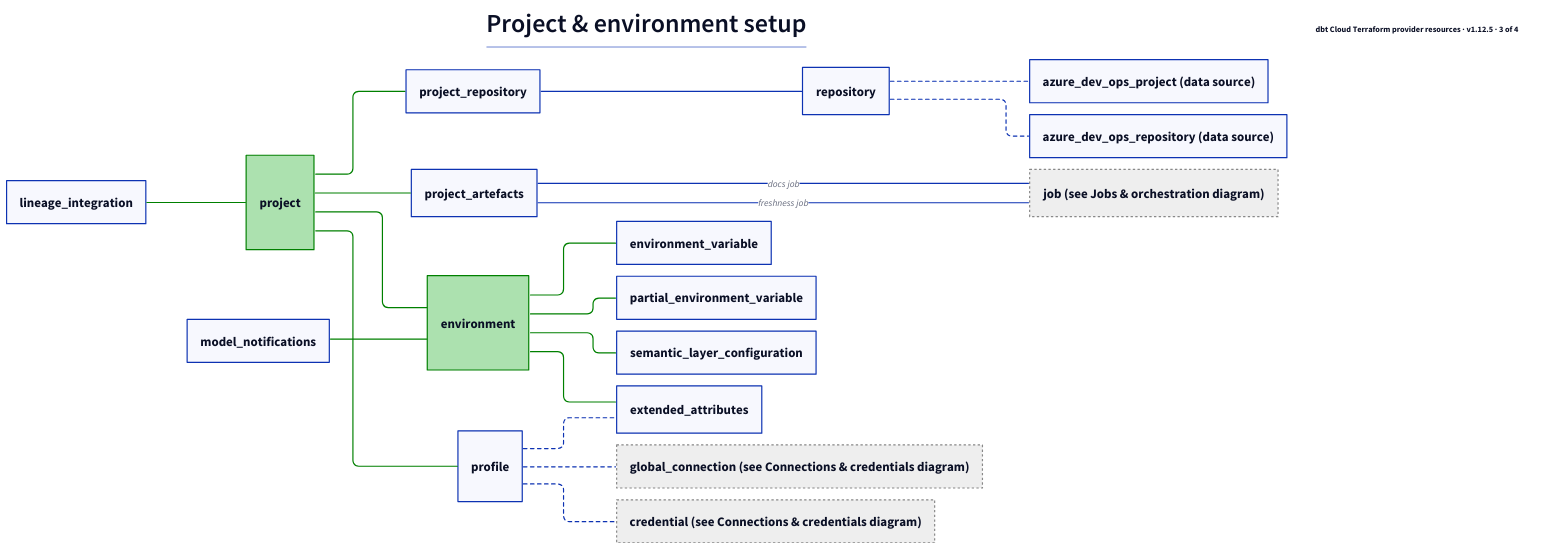
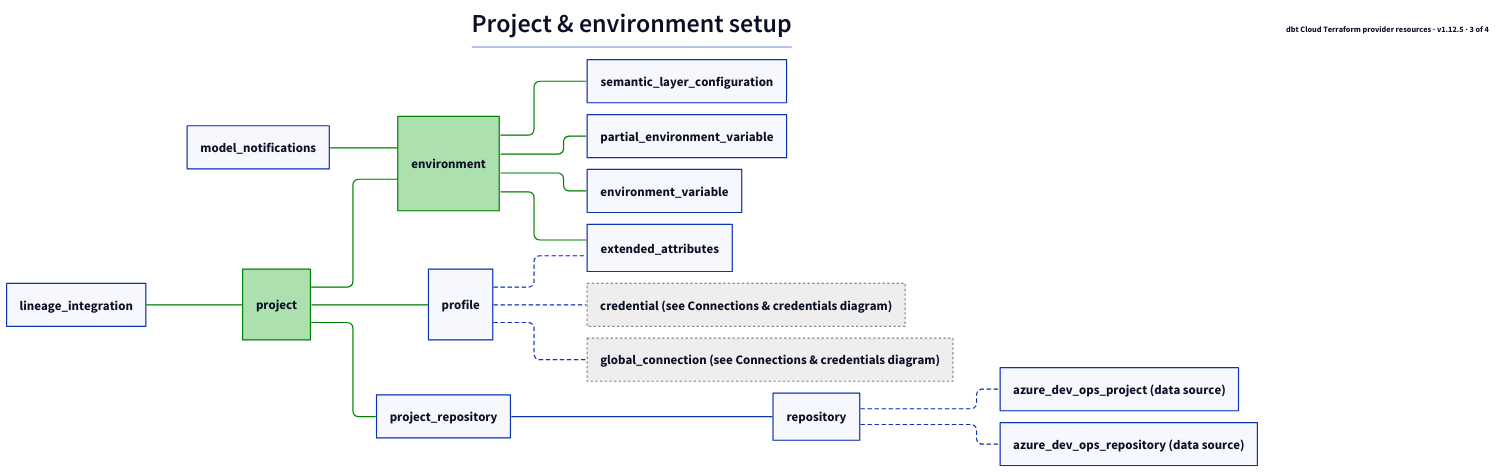
One commit to dbt-labs/terraform-provider-dbtcloud changed the diagram in terraform_resources_project_environment.d2. Above: the diagram before and after it, drawn with D2. The commit also changed 3 other files, not shown here.

First line of the commit message:
Address review feedback: keep "Environment Credentials" name, drop deprecated project_artefacts

```diff
--- a/terraform_resources_project_environment.d2
+++ b/terraform_resources_project_environment.d2
@@ -1,115 +1,107 @@
 vars: {
   d2-config: {
     layout-engine: elk
   }
 }
 
 *.style.font-size: 22
 *.*.style.font-size: 22
 
 title: |md
   # Project & environment setup
 | {near: top-center}
 
 version_note: "dbt Cloud Terraform provider resources · v1.12.5 · 3 of 4" {
   near: top-right
   style: {
     font-size: 14
     stroke: transparent
     fill: transparent
   }
 }
 
 direction: right
 
 classes: {
   external: {
     style: {
       stroke-dash: 2
       stroke: "#888888"
       fill: "#EEEEEE"
     }
   }
 }
 
-job: "job (see Jobs & orchestration diagram)" {
-  class: external
-}
 global_connection: "global_connection (see Connections & credentials diagram)" {
   class: external
 }
 credential: "credential (see Connections & credentials diagram)" {
   class: external
 }
 
 project: {
   style: {
     fill: "#ACE1AF"
     stroke: green
   }
 }
 environment: {
   style: {
     fill: "#ACE1AF"
     stroke: green
   }
 }
 environment_variable
 partial_environment_variable
 extended_attributes
 semantic_layer_configuration
 project_repository
 repository
 azure_dev_ops_project: azure_dev_ops_project (data source)
 azure_dev_ops_repository: azure_dev_ops_repository (data source)
 lineage_integration
-project_artefacts
 profile
 model_notifications
 
 project -- environment
 project -- project_repository
 lineage_integration -- project
 project_repository -- repository
 repository -- azure_dev_ops_project {
   style: {
     stroke-dash: 3
   }
 }
 repository -- azure_dev_ops_repository {
   style: {
     stroke-dash: 3
   }
 }
 
 environment -- environment_variable
 environment -- partial_environment_variable
 environment -- extended_attributes
 environment -- semantic_layer_configuration
 model_notifications -- environment
 
-project -- project_artefacts
-project_artefacts -- job: docs job
-project_artefacts -- job: freshness job
-
 project -- profile
 profile -- global_connection {
   style: {
     stroke-dash: 3
   }
 }
 profile -- credential {
   style: {
     stroke-dash: 3
   }
 }
 profile -- extended_attributes {
   style: {
     stroke-dash: 3
   }
 }
 
 (project -- *)[*].style.stroke: green
 (* -- project)[*].style.stroke: green
 (environment -- *)[*].style.stroke: green
 (* -- environment)[*].style.stroke: green
```
